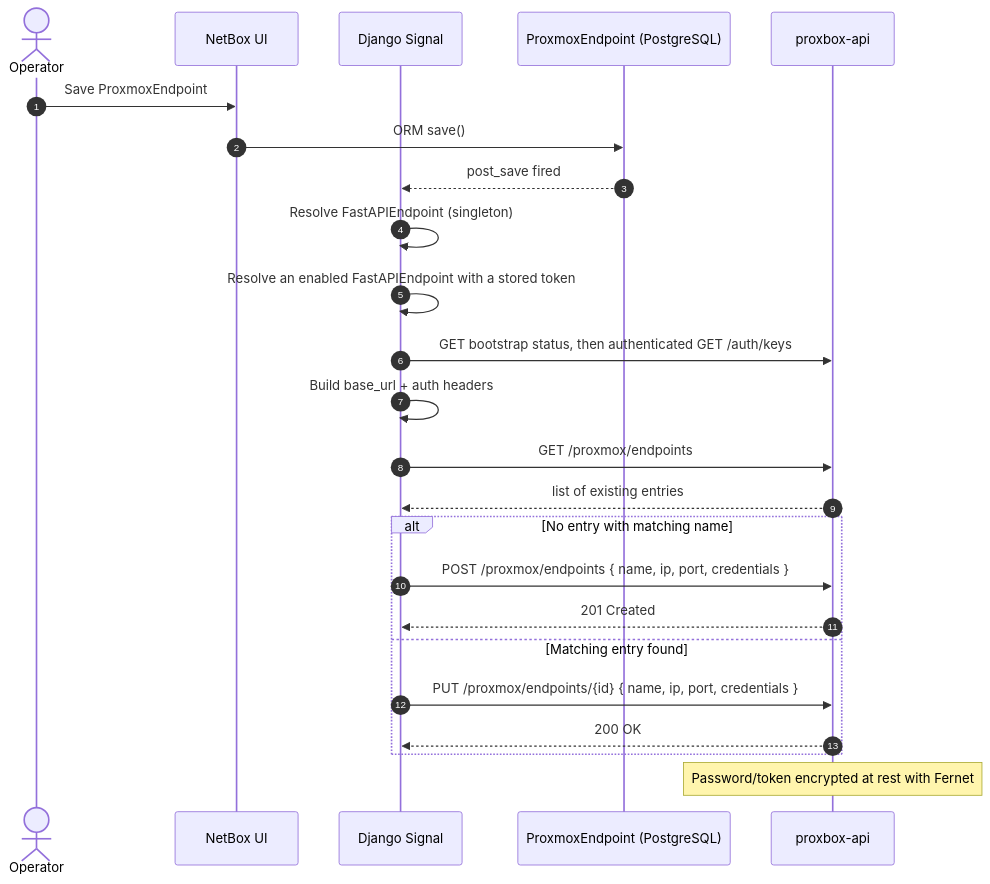
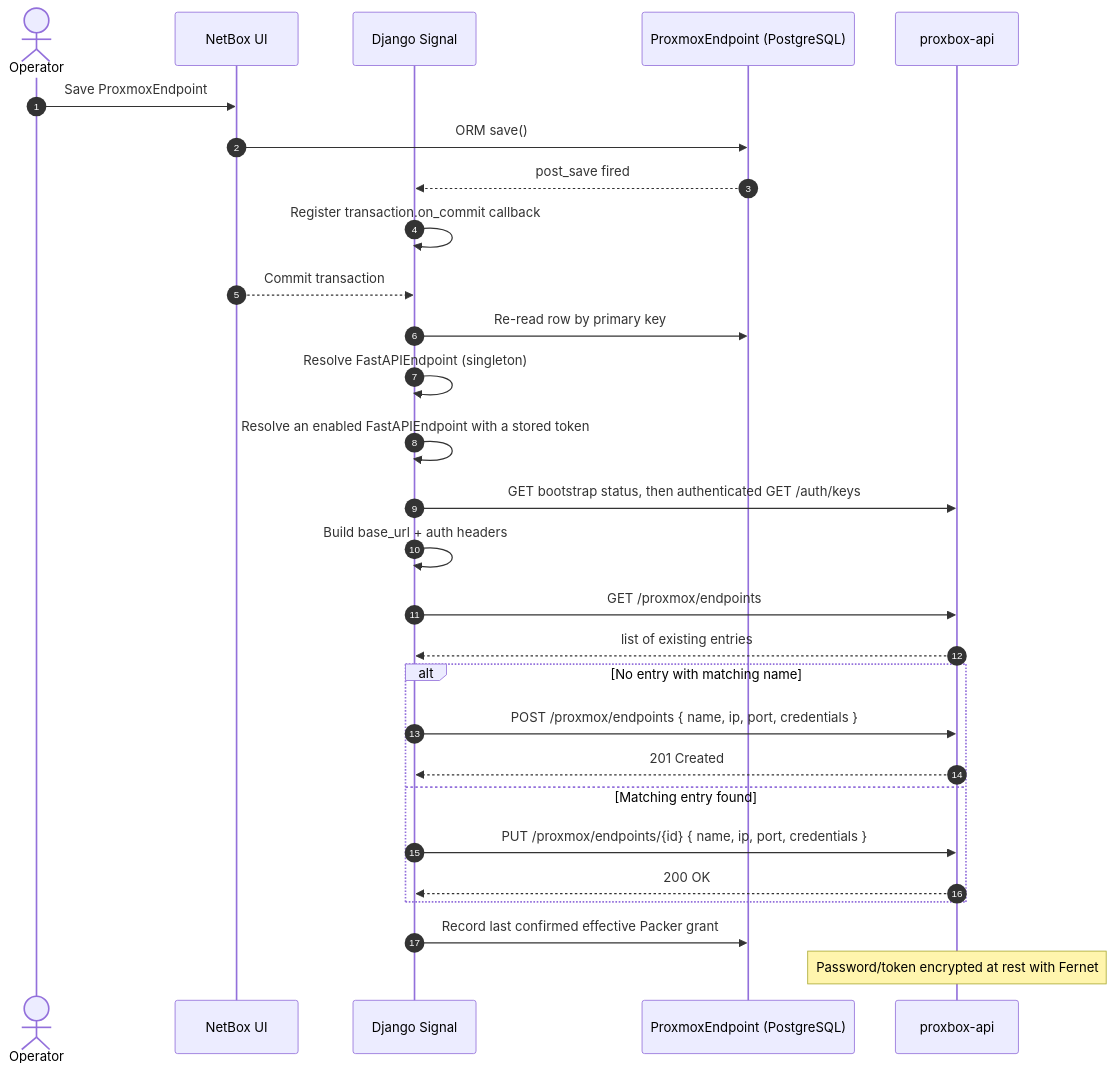
The fourth of 9 diagrams in docs/developer/endpoint-sync.md (emersonfelipesp/netbox-proxbox), drawn with Mermaid before and after one commit. The commit also changed other lines of this file and 76 other files, not shown here.

First line of the commit message:
Add a read-only sync-jobs API, explicit Packer template-build authorization, and security updates

````diff
--- a/docs/developer/endpoint-sync.md
+++ b/docs/developer/endpoint-sync.md
@@ -187,29 +187,33 @@
 ```mermaid
 sequenceDiagram
     autonumber
     actor Op as Operator
     participant NB as NetBox UI
     participant Sig as Django Signal
     participant PX_EP as ProxmoxEndpoint (PostgreSQL)
     participant API as proxbox-api
 
     Op->>NB: Save ProxmoxEndpoint
     NB->>PX_EP: ORM save()
     PX_EP-->>Sig: post_save fired
+    Sig->>Sig: Register transaction.on_commit callback
+    NB-->>Sig: Commit transaction
+    Sig->>PX_EP: Re-read row by primary key
     Sig->>Sig: Resolve FastAPIEndpoint (singleton)
     Sig->>Sig: Resolve an enabled FastAPIEndpoint with a stored token
     Sig->>API: GET bootstrap status, then authenticated GET /auth/keys
 
     Sig->>Sig: Build base_url + auth headers
     Sig->>API: GET /proxmox/endpoints
     API-->>Sig: list of existing entries
 
     alt No entry with matching name
         Sig->>API: POST /proxmox/endpoints { name, ip, port, credentials }
         API-->>Sig: 201 Created
     else Matching entry found
         Sig->>API: PUT /proxmox/endpoints/{id} { name, ip, port, credentials }
         API-->>Sig: 200 OK
     end
+    Sig->>PX_EP: Record last confirmed effective Packer grant
     Note over API: Password/token encrypted at rest with Fernet
 ```
````
